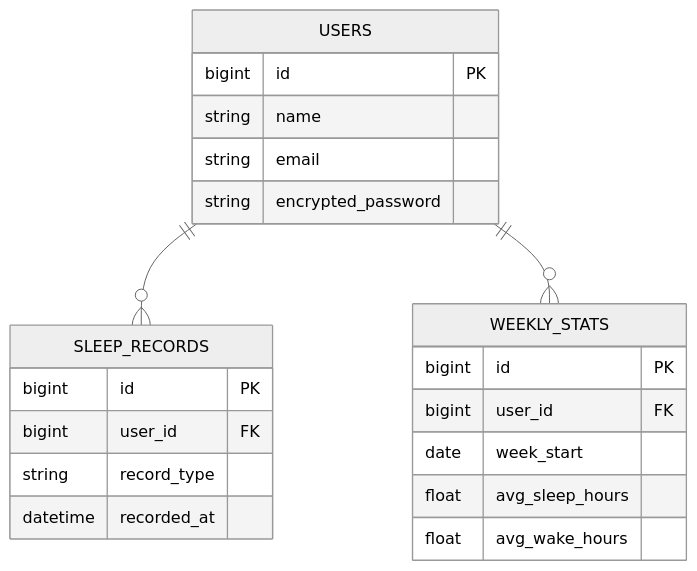
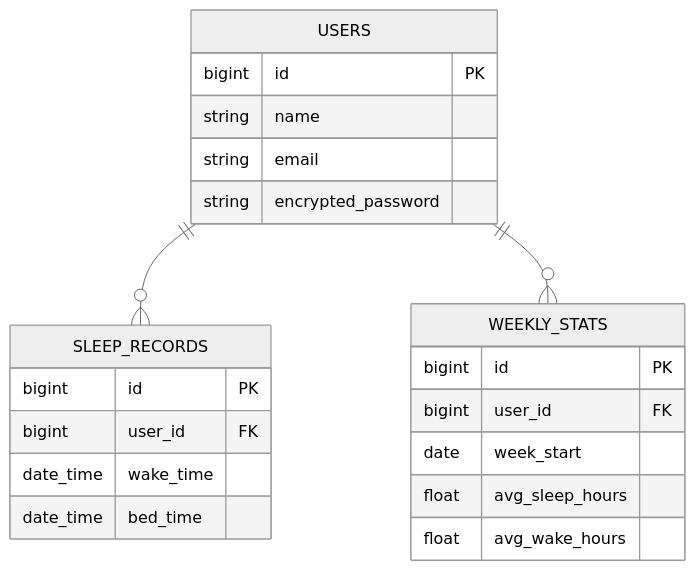
One commit to Yoshi-55/sleep-summit changed the diagram in README.md. Above: the diagram before and after it, drawn with Mermaid (neutral theme).

Commit message:
ER図修正

````diff
--- a/README.md
+++ b/README.md
@@ -90,29 +90,29 @@
 ```mermaid
 
 erDiagram
     USERS {
         bigint id PK
         string name
         string email
         string encrypted_password
     }
 
     SLEEP_RECORDS {
         bigint id PK
         bigint user_id FK
-        string record_type
-        datetime recorded_at
+        date_time wake_time
+        date_time bed_time
     }
 
     WEEKLY_STATS {
         bigint id PK
         bigint user_id FK
         date week_start
         float avg_sleep_hours
         float avg_wake_hours
     }
 
     USERS ||--o{ SLEEP_RECORDS : ""
     USERS ||--o{ WEEKLY_STATS : ""
 
 ```
````
